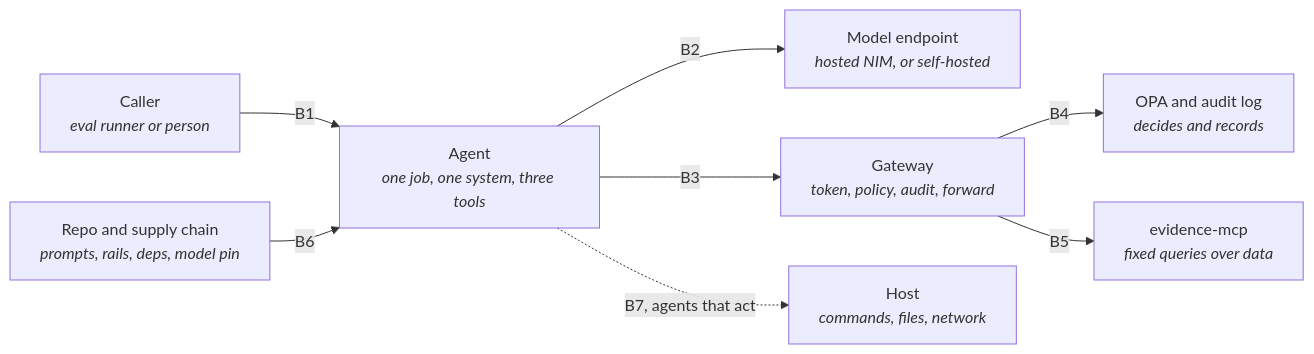
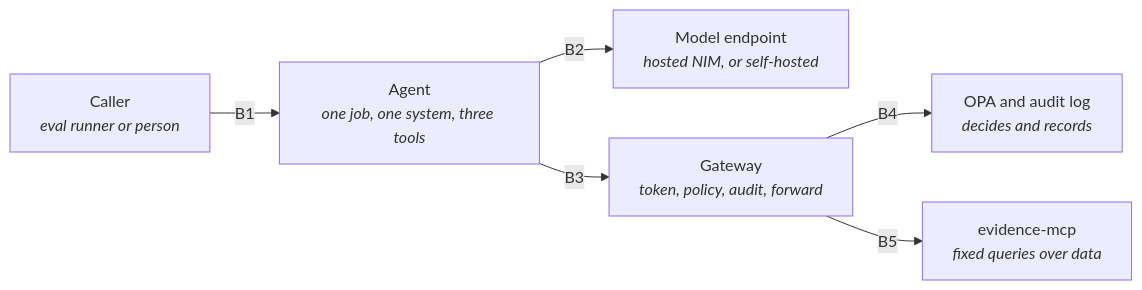
Before and after one commit to deathscythe272/blackfork-platform: the first of 2 diagrams in docs/02-architecture/agent-threat-model.md, drawn with Mermaid. The commit also changed other lines of this file and 1 other file, not shown here.

Commit message:
docs(threat-model): split the boundary picture into two parts and recount rows from the tables

````diff
--- a/docs/02-architecture/agent-threat-model.md
+++ b/docs/02-architecture/agent-threat-model.md
@@ -22,10 +24,8 @@
 ```mermaid
 flowchart LR
   USER["Caller<br><i>eval runner or person</i>"] -->|"B1"| AGENT["Agent<br><i>one job, one system, three tools</i>"]
   AGENT -->|"B2"| MODEL["Model endpoint<br><i>hosted NIM, or self-hosted</i>"]
   AGENT -->|"B3"| GW["Gateway<br><i>token, policy, audit, forward</i>"]
   GW -->|"B4"| POLICY["OPA and audit log<br><i>decides and records</i>"]
   GW -->|"B5"| MCP["evidence-mcp<br><i>fixed queries over data</i>"]
-  REPO["Repo and supply chain<br><i>prompts, rails, deps, model pin</i>"] -->|"B6"| AGENT
-  AGENT -.->|"B7, agents that act"| HOST["Host<br><i>commands, files, network</i>"]
 ```
````
